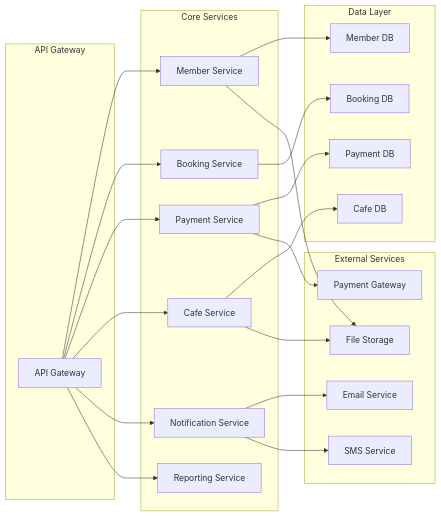
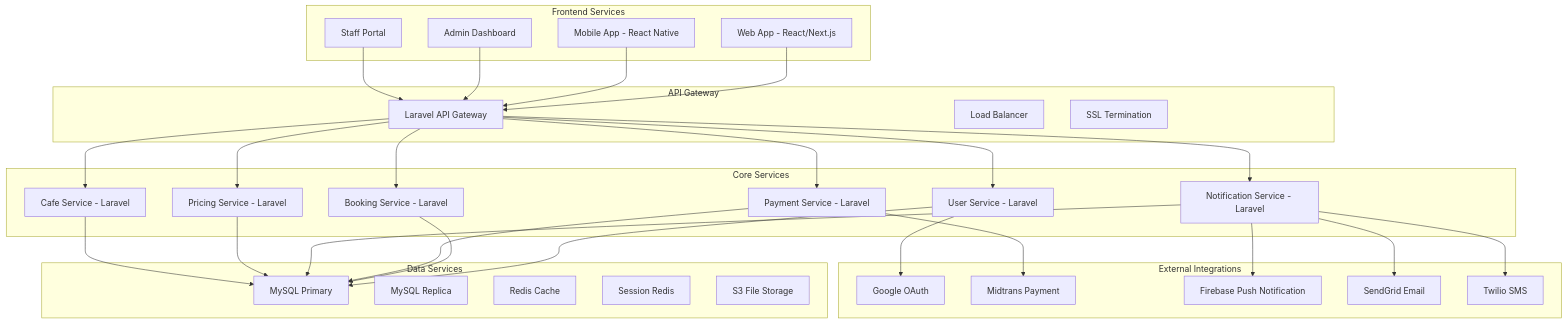
One commit to BlackCoffeee/raujan_pool changed the second of 6 diagrams in Planing/04-arsitektur-sistem.md. Above: the diagram before and after it, drawn with Mermaid. The commit also changed other lines of this file and 4 other files, not shown here.

Commit message:
Update system documentation to include Guest Booking System, Google SSO Integration, and Mobile-First Web Application features, enhancing the overall functionality and user experience for Raujan Pool Syariah management system.

````diff
--- a/Planing/04-arsitektur-sistem.md
+++ b/Planing/04-arsitektur-sistem.md
@@ -58,47 +74,65 @@
 ```mermaid
-graph LR
+graph TB
+    subgraph "Frontend Services"
+        FS1[Web App - React/Next.js]
+        FS2[Mobile App - React Native]
+        FS3[Admin Dashboard]
+        FS4[Staff Portal]
+    end
+
     subgraph "API Gateway"
-        G1[API Gateway]
+        AG1[Laravel API Gateway]
+        AG2[Load Balancer]
+        AG3[SSL Termination]
     end
 
     subgraph "Core Services"
-        S1[Member Service]
-        S2[Booking Service]
-        S3[Payment Service]
-        S4[Cafe Service]
-        S5[Notification Service]
-        S6[Reporting Service]
+        CS1[User Service - Laravel]
+        CS2[Booking Service - Laravel]
+        CS3[Payment Service - Laravel]
+        CS4[Notification Service - Laravel]
+        CS5[Pricing Service - Laravel]
+        CS6[Cafe Service - Laravel]
     end
 
-    subgraph "External Services"
-        E1[Payment Gateway]
-        E2[Email Service]
-        E3[SMS Service]
-        E4[File Storage]
+    subgraph "Data Services"
+        DS1[MySQL Primary]
+        DS2[MySQL Replica]
+        DS3[Redis Cache]
+        DS4[Session Redis]
+        DS5[S3 File Storage]
     end
 
-    subgraph "Data Layer"
-        D1[Member DB]
-        D2[Booking DB]
-        D3[Payment DB]
-        D4[Cafe DB]
+    subgraph "External Integrations"
+        EI1[Google OAuth]
+        EI2[Midtrans Payment]
+        EI3[Firebase Push Notification]
+        EI4[SendGrid Email]
+        EI5[Twilio SMS]
     end
 
-    G1 --> S1
-    G1 --> S2
-    G1 --> S3
-    G1 --> S4
-    G1 --> S5
-    G1 --> S6
+    FS1 --> AG1
+    FS2 --> AG1
+    FS3 --> AG1
+    FS4 --> AG1
 
-    S1 --> D1
-    S2 --> D2
-    S3 --> D3
-    S4 --> D4
+    AG1 --> CS1
+    AG1 --> CS2
+    AG1 --> CS3
+    AG1 --> CS4
+    AG1 --> CS5
+    AG1 --> CS6
 
-    S3 --> E1
-    S5 --> E2
-    S5 --> E3
-    S1 --> E4
-    S4 --> E4
+    CS1 --> DS1
+    CS2 --> DS1
+    CS3 --> DS1
+    CS4 --> DS1
+    CS5 --> DS1
+    CS6 --> DS1
+
+    CS1 --> EI1
+    CS3 --> EI2
+    CS4 --> EI3
+    CS4 --> EI4
+    CS4 --> EI5
 ```
````
